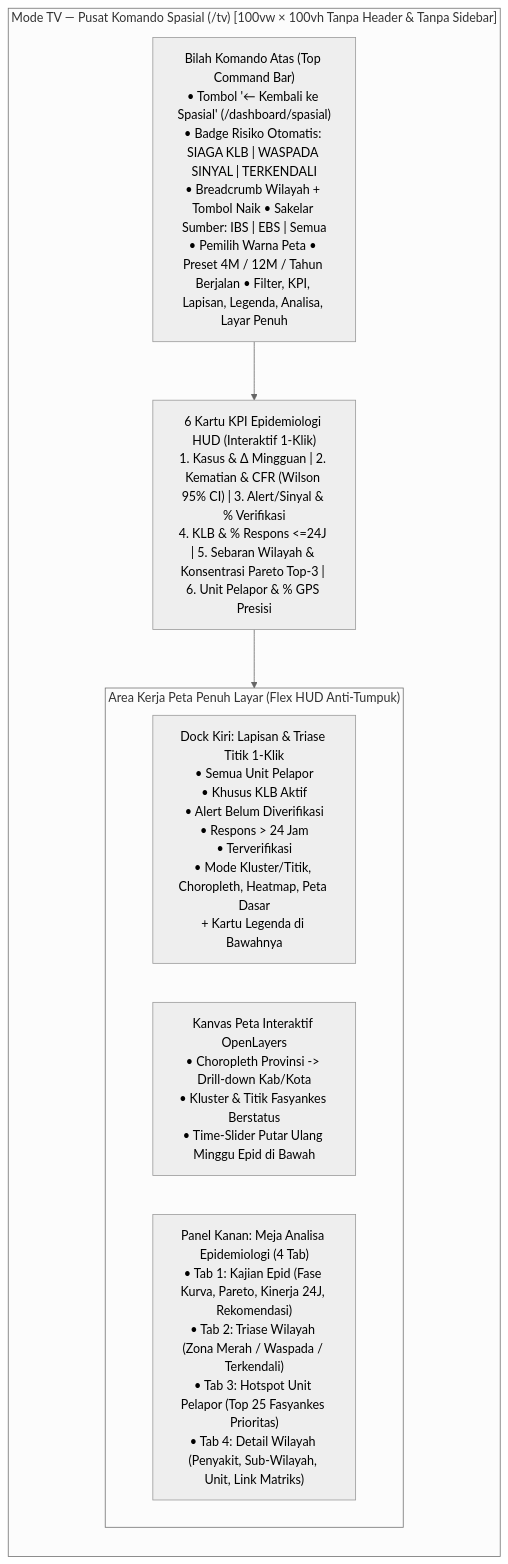
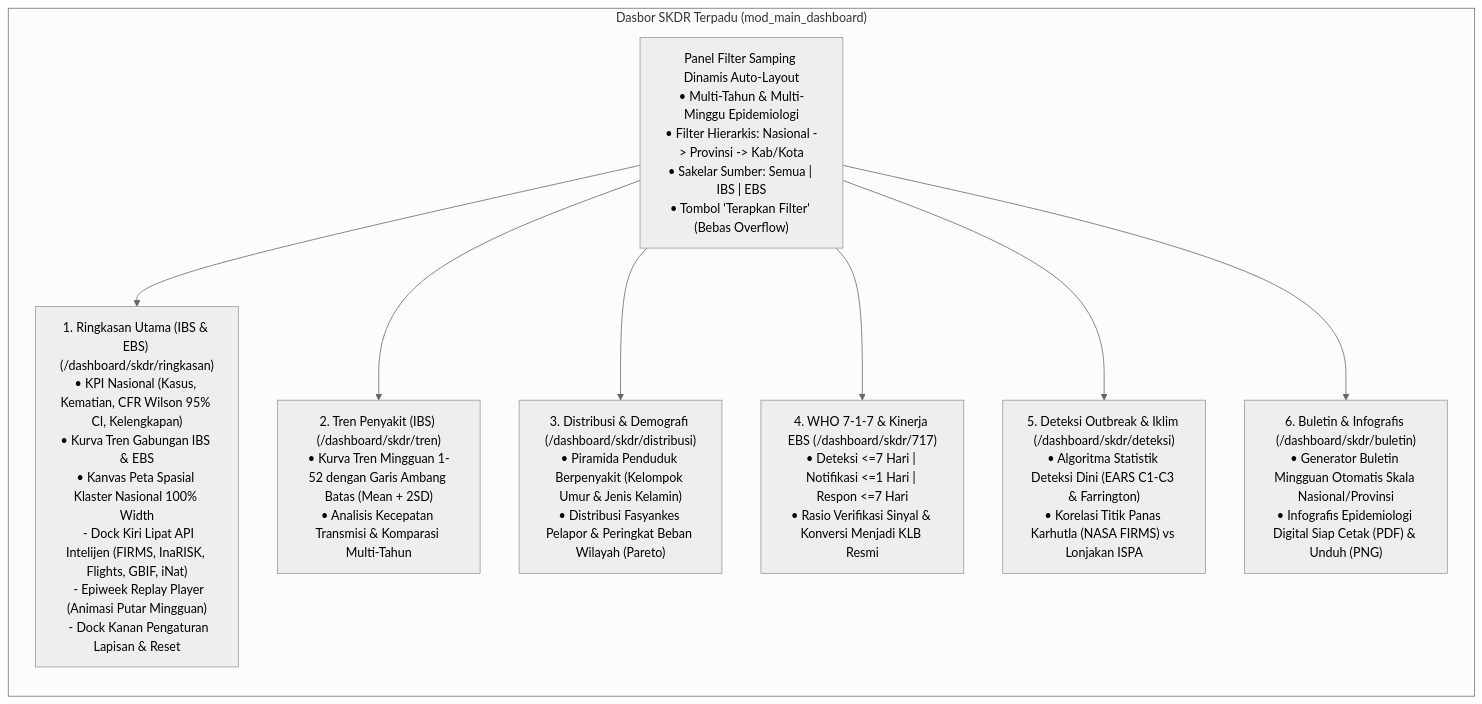
The second of 7 diagrams in docs/BRD_SRS_FITUR_FORM_DAN_DASBOR.md (cuatiawww/skdr-indonesia), drawn with Mermaid (neutral theme) before and after one commit. The commit also changed other lines of this file and 2 other files, not shown here.

````diff
--- a/docs/BRD_SRS_FITUR_FORM_DAN_DASBOR.md
+++ b/docs/BRD_SRS_FITUR_FORM_DAN_DASBOR.md
@@ -334,16 +219,19 @@
 ```mermaid
-flowchart TD
-    subgraph "Mode TV — Pusat Komando Spasial (/tv) [100vw × 100vh Tanpa Header & Tanpa Sidebar]"
+graph TD
+    subgraph "Dasbor SKDR Terpadu (mod_main_dashboard)"
         direction TB
-        TOP["Bilah Komando Atas (Top Command Bar)\n• Tombol '← Kembali ke Spasial' (/dashboard/spasial)\n• Badge Risiko Otomatis: SIAGA KLB | WASPADA SINYAL | TERKENDALI\n• Breadcrumb Wilayah + Tombol Naik • Sakelar Sumber: IBS | EBS | Semua\n• Pemilih Warna Peta • Preset 4M / 12M / Tahun Berjalan • Filter, KPI, Lapisan, Legenda, Analisa, Layar Penuh"]
-        KPI["6 Kartu KPI Epidemiologi HUD (Interaktif 1-Klik)\n1. Kasus & Δ Mingguan | 2. Kematian & CFR (Wilson 95% CI) | 3. Alert/Sinyal & % Verifikasi\n4. KLB & % Respons <=24J | 5. Sebaran Wilayah & Konsentrasi Pareto Top-3 | 6. Unit Pelapor & % GPS Presisi"]
-        TOP --> KPI
-        KPI --> WORKSPACE
-        subgraph WORKSPACE["Area Kerja Peta Penuh Layar (Flex HUD Anti-Tumpuk)"]
-            direction LR
-            LEFT["Dock Kiri: Lapisan & Triase Titik 1-Klik\n• Semua Unit Pelapor\n• Khusus KLB Aktif\n• Alert Belum Diverifikasi\n• Respons > 24 Jam\n• Terverifikasi\n• Mode Kluster/Titik, Choropleth, Heatmap, Peta Dasar\n+ Kartu Legenda di Bawahnya"]
-            CENTER["Kanvas Peta Interaktif OpenLayers\n• Choropleth Provinsi -> Drill-down Kab/Kota\n• Kluster & Titik Fasyankes Berstatus\n• Time-Slider Putar Ulang Minggu Epid di Bawah"]
-            RIGHT["Panel Kanan: Meja Analisa Epidemiologi (4 Tab)\n• Tab 1: Kajian Epid (Fase Kurva, Pareto, Kinerja 24J, Rekomendasi)\n• Tab 2: Triase Wilayah (Zona Merah / Waspada / Terkendali)\n• Tab 3: Hotspot Unit Pelapor (Top 25 Fasyankes Prioritas)\n• Tab 4: Detail Wilayah (Penyakit, Sub-Wilayah, Unit, Link Matriks)"]
-        end
+        FILTER["Panel Filter Samping Dinamis Auto-Layout\n• Multi-Tahun & Multi-Minggu Epidemiologi\n• Filter Hierarkis: Nasional -> Provinsi -> Kab/Kota\n• Sakelar Sumber: Semua | IBS | EBS\n• Tombol 'Terapkan Filter' (Bebas Overflow)"]
+        
+        FILTER --> SUB1["1. Ringkasan Utama (IBS & EBS) (/dashboard/skdr/ringkasan)\n• KPI Nasional (Kasus, Kematian, CFR Wilson 95% CI, Kelengkapan)\n• Kurva Tren Gabungan IBS & EBS\n• Kanvas Peta Spasial Klaster Nasional 100% Width\n  - Dock Kiri Lipat API Intelijen (FIRMS, InaRISK, Flights, GBIF, iNat)\n  - Epiweek Replay Player (Animasi Putar Mingguan)\n  - Dock Kanan Pengaturan Lapisan & Reset"]
+        
+        FILTER --> SUB2["2. Tren Penyakit (IBS) (/dashboard/skdr/tren)\n• Kurva Tren Mingguan 1-52 dengan Garis Ambang Batas (Mean + 2SD)\n• Analisis Kecepatan Transmisi & Komparasi Multi-Tahun"]
+        
+        FILTER --> SUB3["3. Distribusi & Demografi (/dashboard/skdr/distribusi)\n• Piramida Penduduk Berpenyakit (Kelompok Umur & Jenis Kelamin)\n• Distribusi Fasyankes Pelapor & Peringkat Beban Wilayah (Pareto)"]
+        
+        FILTER --> SUB4["4. WHO 7-1-7 & Kinerja EBS (/dashboard/skdr/717)\n• Deteksi <=7 Hari | Notifikasi <=1 Hari | Respon <=7 Hari\n• Rasio Verifikasi Sinyal & Konversi Menjadi KLB Resmi"]
+        
+        FILTER --> SUB5["5. Deteksi Outbreak & Iklim (/dashboard/skdr/deteksi)\n• Algoritma Statistik Deteksi Dini (EARS C1-C3 & Farrington)\n• Korelasi Titik Panas Karhutla (NASA FIRMS) vs Lonjakan ISPA"]
+        
+        FILTER --> SUB6["6. Buletin & Infografis (/dashboard/skdr/buletin)\n• Generator Buletin Mingguan Otomatis Skala Nasional/Provinsi\n• Infografis Epidemiologi Digital Siap Cetak (PDF) & Unduh (PNG)"]
     end
 ```
````
